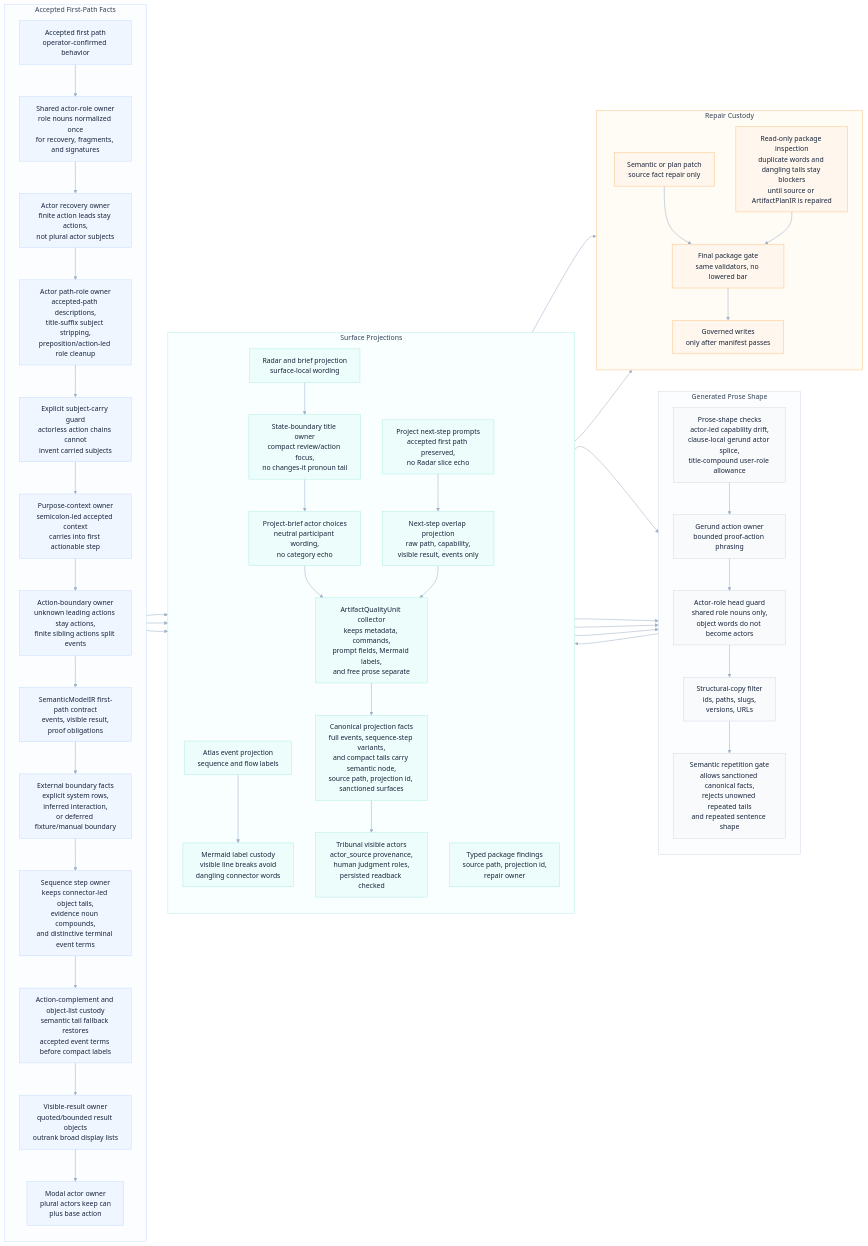
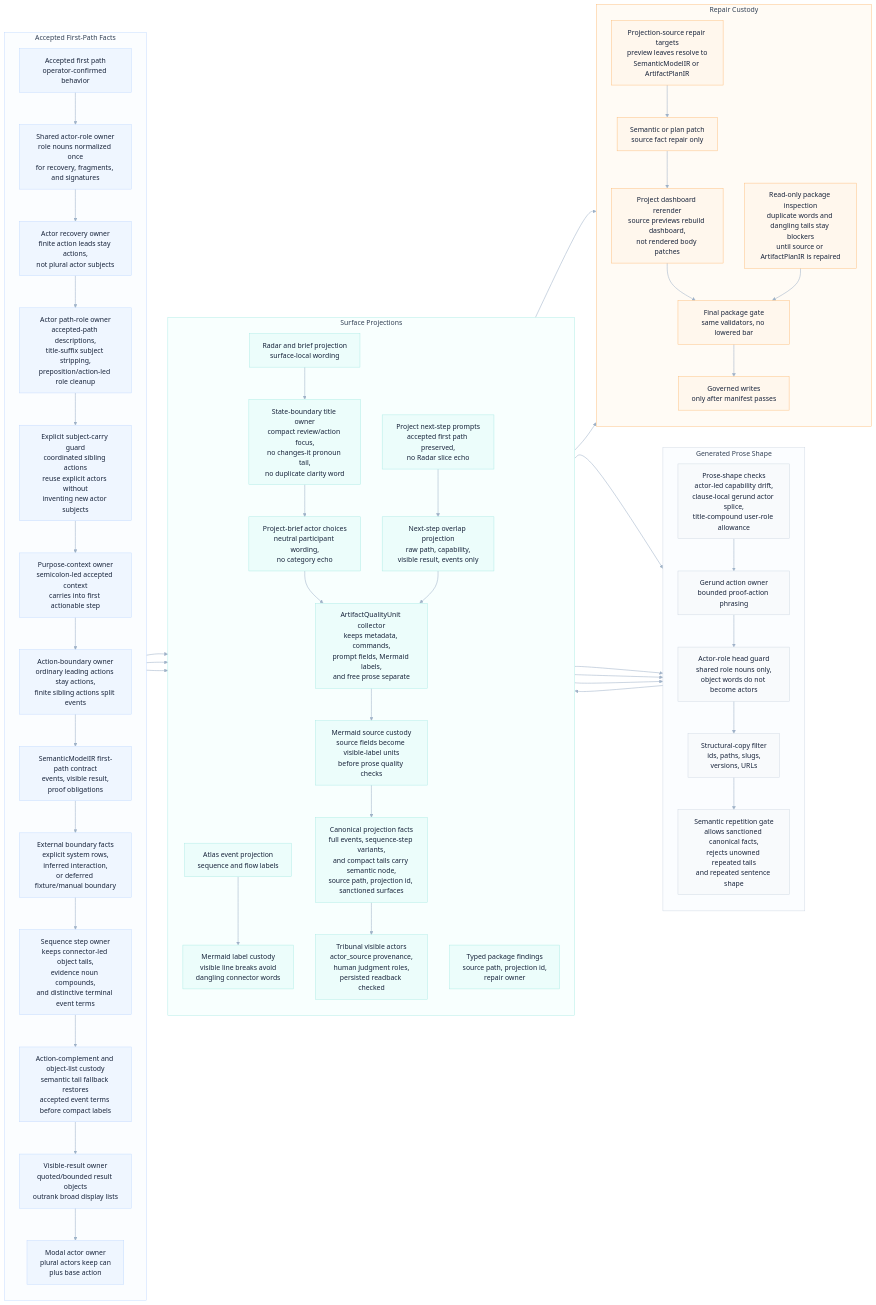
Before and after one commit to odylith/odylith: the diagram in odylith/atlas/source/greenfield-first-path-semantic-copy-custody.mmd, drawn with Mermaid (forest theme). The commit also changed 52 other files, not shown here.

Commit message:
Harden greenfield source-owned repair and actor custody

```diff
--- a/odylith/atlas/source/greenfield-first-path-semantic-copy-custody.mmd
+++ b/odylith/atlas/source/greenfield-first-path-semantic-copy-custody.mmd
@@ -1,102 +1,108 @@
 flowchart LR
     subgraph intent_lane["Accepted First-Path Facts"]
       direction TB
       accepted_path["Accepted first path<br/>operator-confirmed behavior"]
       actor_roles["Shared actor-role owner<br/>role nouns normalized once<br/>for recovery, fragments, and signatures"]
       actor_recovery["Actor recovery owner<br/>finite action leads stay actions,<br/>not plural actor subjects"]
       actor_path_role["Actor path-role owner<br/>accepted-path descriptions,<br/>title-suffix subject stripping,<br/>preposition/action-led role cleanup"]
-      subject_carry_guard["Explicit subject-carry guard<br/>actorless action chains cannot<br/>invent carried subjects"]
+      subject_carry_guard["Explicit subject-carry guard<br/>coordinated sibling actions<br/>reuse explicit actors without<br/>inventing new actor subjects"]
       purpose_context["Purpose-context owner<br/>semicolon-led accepted context<br/>carries into first actionable step"]
-      action_boundary["Action-boundary owner<br/>unknown leading actions stay actions,<br/>finite sibling actions split events"]
+      action_boundary["Action-boundary owner<br/>ordinary leading actions stay actions,<br/>finite sibling actions split events"]
       semantic_contract["SemanticModelIR first-path contract<br/>events, visible result,<br/>proof obligations"]
       external_boundary["External boundary facts<br/>explicit system rows,<br/>inferred interaction,<br/>or deferred fixture/manual boundary"]
       sequence_owner["Sequence step owner<br/>keeps connector-led object tails,<br/>evidence noun compounds,<br/>and distinctive terminal event terms"]
       tail_custody["Action-complement and object-list custody<br/>semantic tail fallback restores<br/>accepted event terms before compact labels"]
       visible_result_owner["Visible-result owner<br/>quoted/bounded result objects<br/>outrank broad display lists"]
       modal_owner["Modal actor owner<br/>plural actors keep can<br/>plus base action"]
     end
 
     subgraph prose_lane["Generated Prose Shape"]
       direction TB
       shape_checks["Prose-shape checks<br/>actor-led capability drift,<br/>clause-local gerund actor splice,<br/>title-compound user-role allowance"]
       gerund_owner["Gerund action owner<br/>bounded proof-action phrasing"]
       actor_role_head_guard["Actor-role head guard<br/>shared role nouns only,<br/>object words do not become actors"]
       structural_filter["Structural-copy filter<br/>ids, paths, slugs,<br/>versions, URLs"]
       repetition_gate["Semantic repetition gate<br/>allows sanctioned canonical facts,<br/>rejects unowned repeated tails<br/>and repeated sentence shape"]
     end
 
     subgraph projection_lane["Surface Projections"]
       direction TB
       radar_projection["Radar and brief projection<br/>surface-local wording"]
-      state_boundary_titles["State-boundary title owner<br/>compact review/action focus,<br/>no changes-it pronoun tail"]
+      state_boundary_titles["State-boundary title owner<br/>compact review/action focus,<br/>no changes-it pronoun tail,<br/>no duplicate clarity word"]
       actor_choice_copy["Project-brief actor choices<br/>neutral participant wording,<br/>no category echo"]
       atlas_projection["Atlas event projection<br/>sequence and flow labels"]
       mermaid_label_custody["Mermaid label custody<br/>visible line breaks avoid<br/>dangling connector words"]
       next_step_prompts["Project next-step prompts<br/>accepted first path preserved,<br/>no Radar slice echo"]
       overlap_projection["Next-step overlap projection<br/>raw path, capability,<br/>visible result, events only"]
       artifact_units["ArtifactQualityUnit collector<br/>keeps metadata, commands,<br/>prompt fields, Mermaid labels,<br/>and free prose separate"]
+      mermaid_source_units["Mermaid source custody<br/>source fields become visible-label units<br/>before prose quality checks"]
       canonical_facts["Canonical projection facts<br/>full events, sequence-step variants,<br/>and compact tails carry semantic node,<br/>source path, projection id, sanctioned surfaces"]
       tribunal_actors["Tribunal visible actors<br/>actor_source provenance,<br/>human judgment roles,<br/>persisted readback checked"]
       package_findings["Typed package findings<br/>source path, projection id,<br/>repair owner"]
     end
 
     subgraph repair_lane["Repair Custody"]
       direction TB
       semantic_plan_patch["Semantic or plan patch<br/>source fact repair only"]
+      projection_repair_targets["Projection-source repair targets<br/>preview leaves resolve to<br/>SemanticModelIR or ArtifactPlanIR"]
+      dashboard_rerender["Project dashboard rerender<br/>source previews rebuild dashboard,<br/>not rendered body patches"]
       package_inspection["Read-only package inspection<br/>duplicate words and dangling tails stay blockers<br/>until source or ArtifactPlanIR is repaired"]
       final_gate["Final package gate<br/>same validators, no lowered bar"]
       governed_write["Governed writes<br/>only after manifest passes"]
     end
 
     accepted_path --> actor_roles
     actor_roles --> actor_recovery
     actor_recovery --> actor_path_role
     actor_path_role --> subject_carry_guard
     subject_carry_guard --> purpose_context
     purpose_context --> action_boundary
     action_boundary --> semantic_contract
     semantic_contract --> external_boundary
     external_boundary --> sequence_owner
     sequence_owner --> tail_custody
     tail_custody --> visible_result_owner
     visible_result_owner --> modal_owner
     modal_owner --> radar_projection
     modal_owner --> atlas_projection
     modal_owner --> next_step_prompts
     radar_projection --> state_boundary_titles
     state_boundary_titles --> actor_choice_copy
     radar_projection --> shape_checks
     atlas_projection --> mermaid_label_custody
     mermaid_label_custody --> shape_checks
     actor_choice_copy --> artifact_units
     next_step_prompts --> overlap_projection
     overlap_projection --> artifact_units
-    artifact_units --> canonical_facts
+    artifact_units --> mermaid_source_units
+    mermaid_source_units --> canonical_facts
     canonical_facts --> tribunal_actors
     tribunal_actors --> shape_checks
     shape_checks --> gerund_owner
     gerund_owner --> actor_role_head_guard
     actor_role_head_guard --> structural_filter
     structural_filter --> repetition_gate
     canonical_facts --> repetition_gate
     repetition_gate --> package_findings
-    package_findings --> semantic_plan_patch
+    package_findings --> projection_repair_targets
+    projection_repair_targets --> semantic_plan_patch
+    semantic_plan_patch --> dashboard_rerender
     package_findings --> package_inspection
-    semantic_plan_patch --> final_gate
+    dashboard_rerender --> final_gate
     package_inspection --> final_gate
     final_gate --> governed_write
 
     classDef intent fill:#EFF6FF,stroke:#BFD7FE,color:#17233A,stroke-width:1px;
     classDef prose fill:#F8FAFC,stroke:#CBD5E1,color:#17233A,stroke-width:1px;
     classDef projection fill:#ECFDFB,stroke:#A7E9E3,color:#17233A,stroke-width:1px;
     classDef repair fill:#FFF7ED,stroke:#FDBA74,color:#17233A,stroke-width:1px;
     class accepted_path,actor_roles,actor_recovery,actor_path_role,subject_carry_guard,purpose_context,action_boundary,semantic_contract,external_boundary,sequence_owner,tail_custody,visible_result_owner,modal_owner intent;
     class shape_checks,gerund_owner,actor_role_head_guard,structural_filter,repetition_gate prose;
-    class radar_projection,state_boundary_titles,actor_choice_copy,atlas_projection,mermaid_label_custody,next_step_prompts,overlap_projection,artifact_units,canonical_facts,tribunal_actors,package_findings projection;
-    class semantic_plan_patch,package_inspection,final_gate,governed_write repair;
+    class radar_projection,state_boundary_titles,actor_choice_copy,atlas_projection,mermaid_label_custody,next_step_prompts,overlap_projection,artifact_units,mermaid_source_units,canonical_facts,tribunal_actors,package_findings projection;
+    class semantic_plan_patch,projection_repair_targets,dashboard_rerender,package_inspection,final_gate,governed_write repair;
 
     style intent_lane fill:#FBFDFF,stroke:#BFD7FE,stroke-width:1px,color:#334155
     style prose_lane fill:#FBFDFF,stroke:#CBD5E1,stroke-width:1px,color:#334155
     style projection_lane fill:#F8FFFE,stroke:#A7E9E3,stroke-width:1px,color:#334155
     style repair_lane fill:#FFFBF5,stroke:#FDBA74,stroke-width:1px,color:#334155
     linkStyle default stroke:#9FB2C8,stroke-width:1.25px
```
